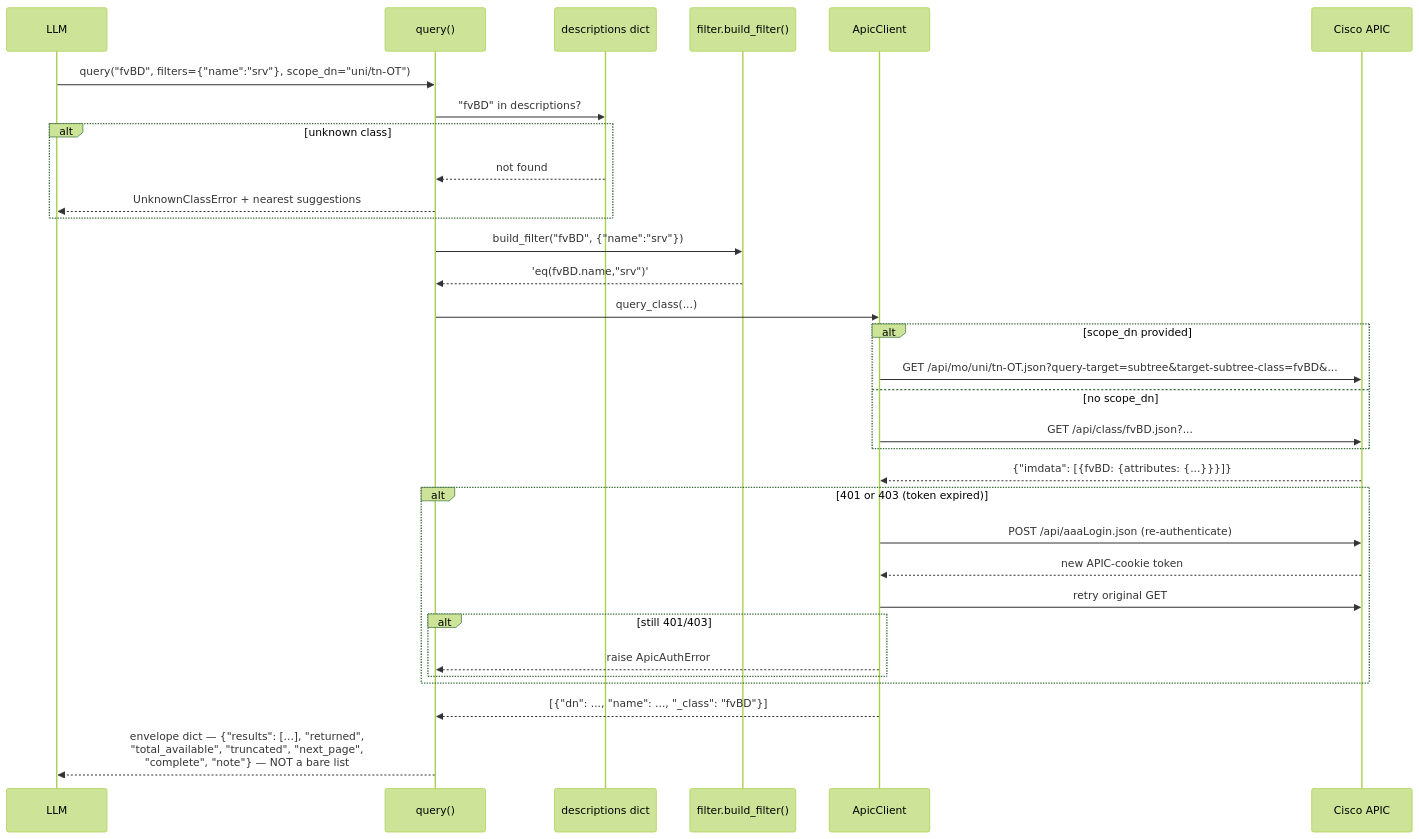
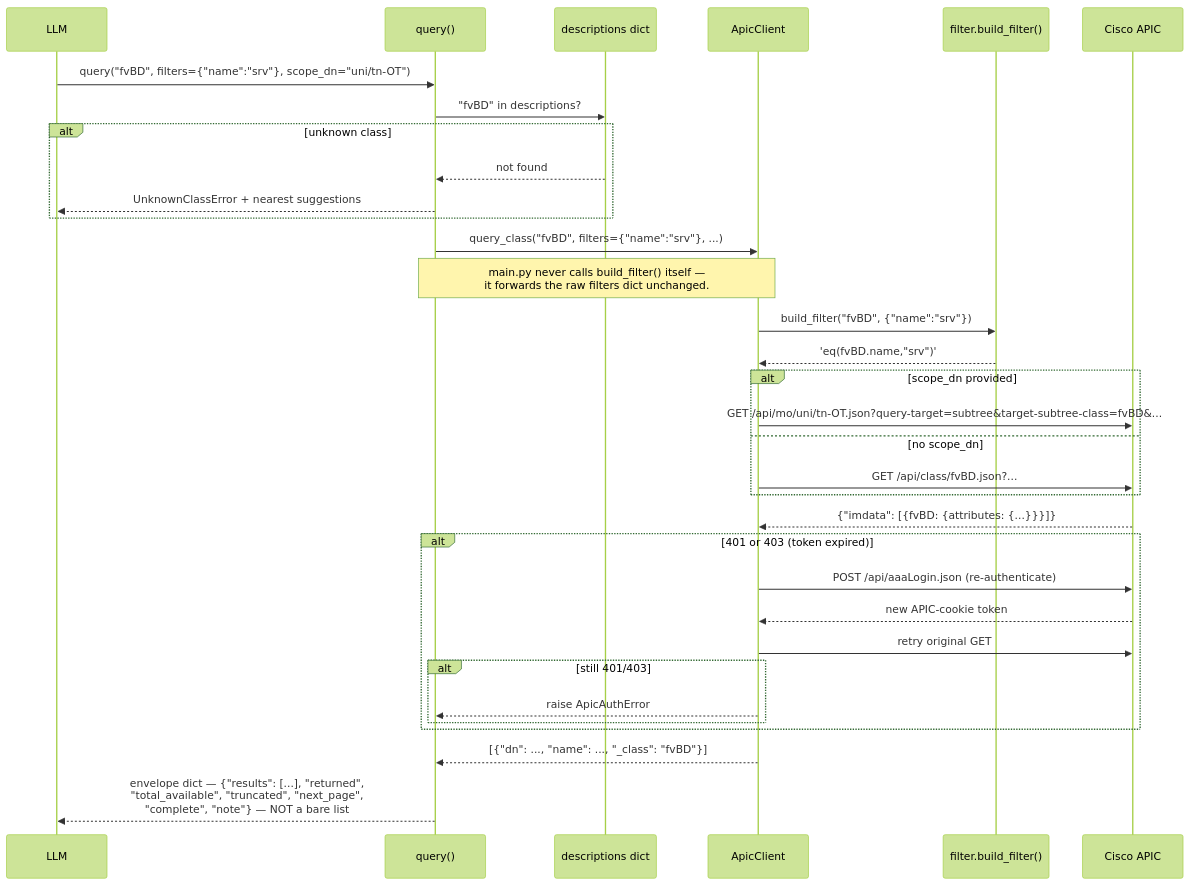
Before and after one commit to k3l0-dev/aci-mcp: the fourth of 5 diagrams in docs/architecture/data-flow.md, drawn with Mermaid (forest theme). The commit also changed 5 other files, not shown here.

First line of the commit message:
docs: fix broken dev-setup command and remaining architecture diagram errors

````diff
--- a/docs/architecture/data-flow.md
+++ b/docs/architecture/data-flow.md
@@ -75,42 +75,42 @@
 ```mermaid
 sequenceDiagram
     participant LLM
     participant tool as query()
     participant desc as descriptions dict
+    participant apic as ApicClient
     participant filter as filter.build_filter()
-    participant apic as ApicClient
     participant cisco as Cisco APIC
 
     LLM->>tool: query("fvBD", filters={"name":"srv"}, scope_dn="uni/tn-OT")
 
     tool->>desc: "fvBD" in descriptions?
     alt unknown class
         desc-->>tool: not found
         tool-->>LLM: UnknownClassError + nearest suggestions
     end
 
-    tool->>filter: build_filter("fvBD", {"name":"srv"})
-    filter-->>tool: 'eq(fvBD.name,"srv")'
-
-    tool->>apic: query_class(...)
+    tool->>apic: query_class("fvBD", filters={"name":"srv"}, ...)
+    Note over tool,apic: main.py never calls build_filter() itself —<br/>it forwards the raw filters dict unchanged.
+    apic->>filter: build_filter("fvBD", {"name":"srv"})
+    filter-->>apic: 'eq(fvBD.name,"srv")'
 
     alt scope_dn provided
         apic->>cisco: GET /api/mo/uni/tn-OT.json?query-target=subtree&target-subtree-class=fvBD&...
     else no scope_dn
         apic->>cisco: GET /api/class/fvBD.json?...
     end
 
     cisco-->>apic: {"imdata": [{fvBD: {attributes: {...}}}]}
 
     alt 401 or 403 (token expired)
         apic->>cisco: POST /api/aaaLogin.json (re-authenticate)
         cisco-->>apic: new APIC-cookie token
         apic->>cisco: retry original GET
         alt still 401/403
             apic-->>tool: raise ApicAuthError
         end
     end
 
     apic-->>tool: [{"dn": ..., "name": ..., "_class": "fvBD"}]
     tool-->>LLM: envelope dict — {"results": [...], "returned",<br/>"total_available", "truncated", "next_page",<br/>"complete", "note"} — NOT a bare list
 ```
````
